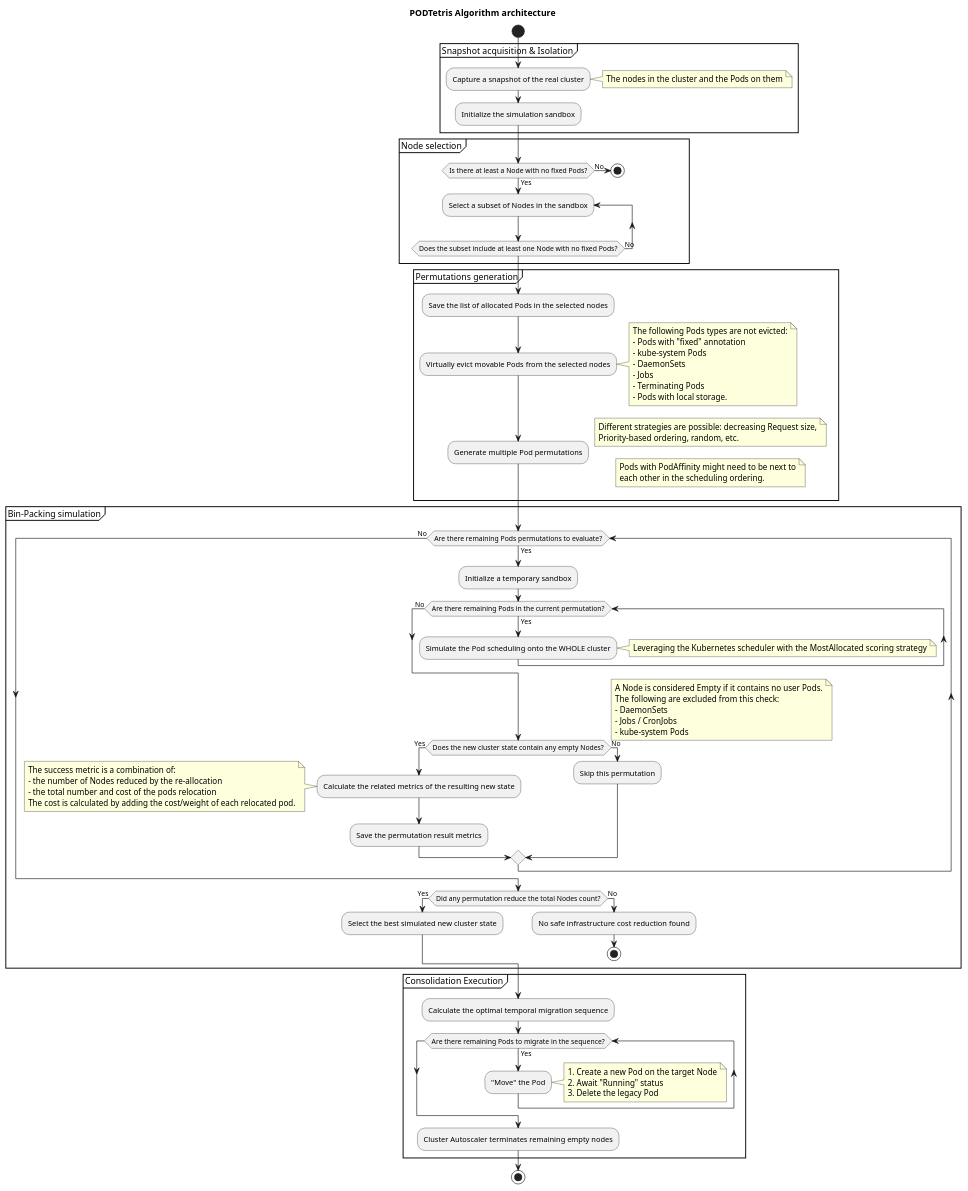
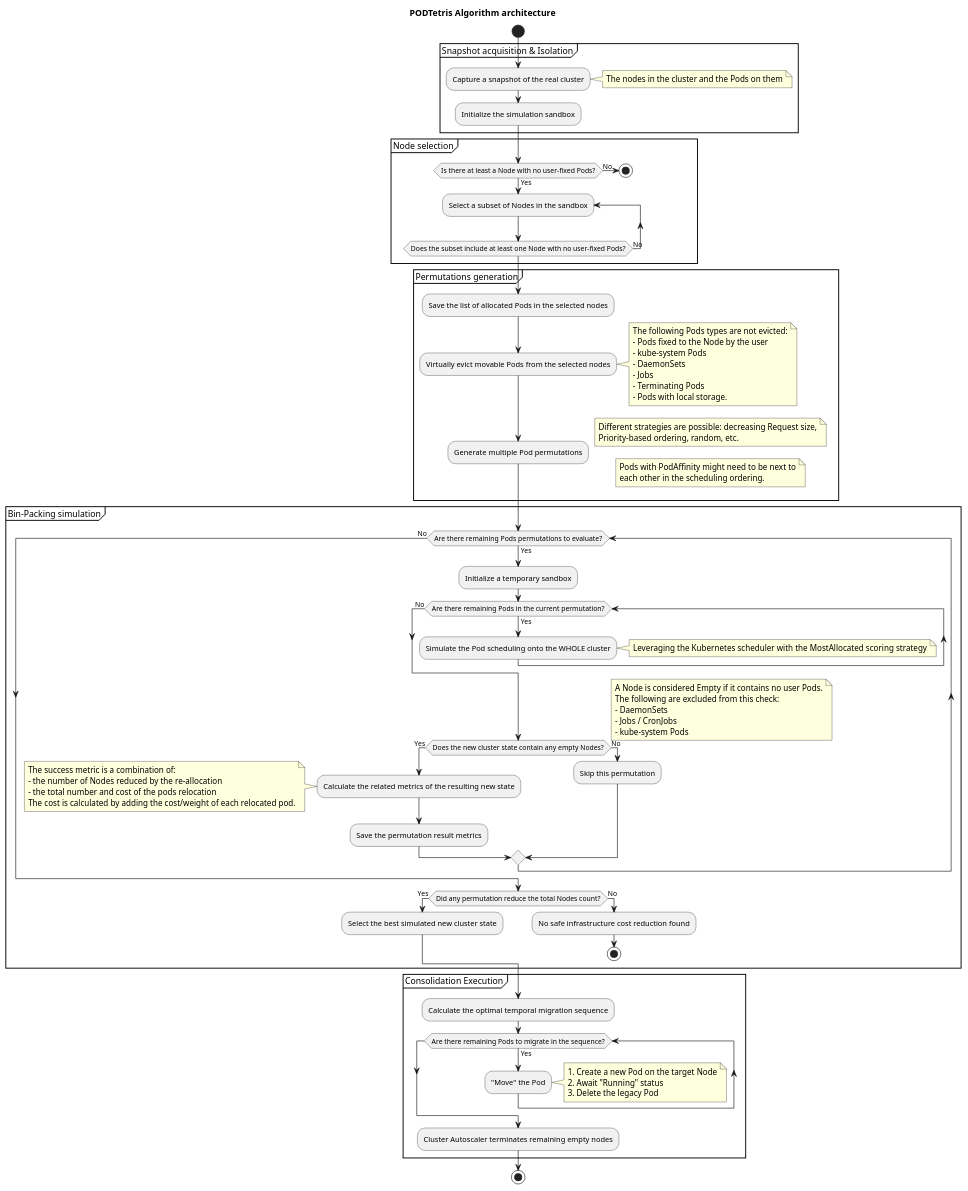
One commit to andreabuon/podtetris changed the diagram in docs/algorithm-plantUML.puml. Above: the diagram before and after it, drawn with PlantUML.

Commit message:
docs(plantUML): clarify terminology for user-fixed Pods in node selection

```diff
--- a/docs/algorithm-plantUML.puml
+++ b/docs/algorithm-plantUML.puml
@@ -1,102 +1,102 @@
 @startuml PODTetris
 
 title PODTetris Algorithm architecture
 
 start
 
 partition "Snapshot acquisition & Isolation" {
     :Capture a snapshot of the real cluster;
     note right: The nodes in the cluster and the Pods on them
     :Initialize the simulation sandbox;
 }
 
 partition "Node selection" {
-    if (Is there at least a Node with no fixed Pods?) then (Yes)
+    if (Is there at least a Node with no user-fixed Pods?) then (Yes)
         repeat :Select a subset of Nodes in the sandbox;
         note right: e.g., the N=5 least-allocated Nodes
-        repeat while (Does the subset include at least one Node with no fixed Pods?) is (No)
+        repeat while (Does the subset include at least one Node with no user-fixed Pods?) is (No)
     else (No)
         stop
     endif
 }
 
 partition "Permutations generation" {
     :Save the list of allocated Pods in the selected nodes;
     :Virtually evict movable Pods from the selected nodes;
     note right
         The following Pods types are not evicted:
-        - Pods with "fixed" annotation
+        - Pods fixed to the Node by the user
         - kube-system Pods
         - DaemonSets
         - Jobs
         - Terminating Pods
         - Pods with local storage.
     end note
 
     :Generate multiple Pod permutations;
     note right
         Different strategies are possible: decreasing Request size,
         Priority-based ordering, random, etc.
     end note
     note right
         Pods with PodAffinity might need to be next to
         each other in the scheduling ordering.
     end note
 }
 
 partition "Bin-Packing simulation" {
     while (Are there remaining Pods permutations to evaluate?) is (Yes)
         :Initialize a temporary sandbox;
         while (Are there remaining Pods in the current permutation?) is (Yes)
             :Simulate the Pod scheduling onto the WHOLE cluster;
             note right: Leveraging the Kubernetes scheduler with the MostAllocated scoring strategy
         endwhile (No)
 
         if (Does the new cluster state contain any empty Nodes?) then (Yes)
             note right
                 A Node is considered Empty if it contains no user Pods.
                 The following are excluded from this check:
                 - DaemonSets
                 - Jobs / CronJobs
                 - kube-system Pods
             endnote
             :Calculate the related metrics of the resulting new state;
             note left
                 The success metric is a combination of:
                 - the number of Nodes reduced by the re-allocation
                 - the total number and cost of the pods relocation
                 The cost is calculated by adding the cost/weight of each relocated pod.
             end note
             :Save the permutation result metrics;
         else (No)
             :Skip this permutation;
         endif
 
     endwhile (No)
 
     if (Did any permutation reduce the total Nodes count?) then (Yes)
         :Select the best simulated new cluster state;
     else (No)
         :No safe infrastructure cost reduction found;
         stop
     endif
 
 }
 
 partition "Consolidation Execution" {
     :Calculate the optimal temporal migration sequence;
 
     while (Are there remaining Pods to migrate in the sequence?) is (Yes)
         :"Move" the Pod;
         note right
             1. Create a new Pod on the target Node
             2. Await "Running" status
             3. Delete the legacy Pod
         end note
     endwhile
 
     :Cluster Autoscaler terminates remaining empty nodes;
 }
 
 stop
 @enduml
```
